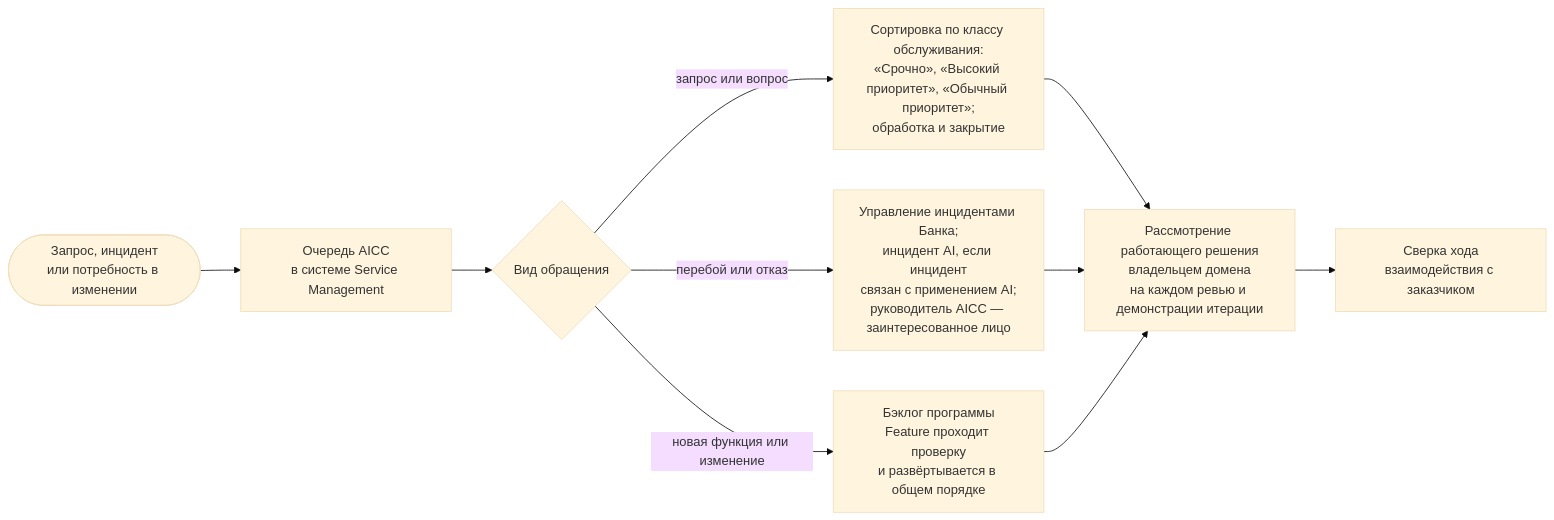
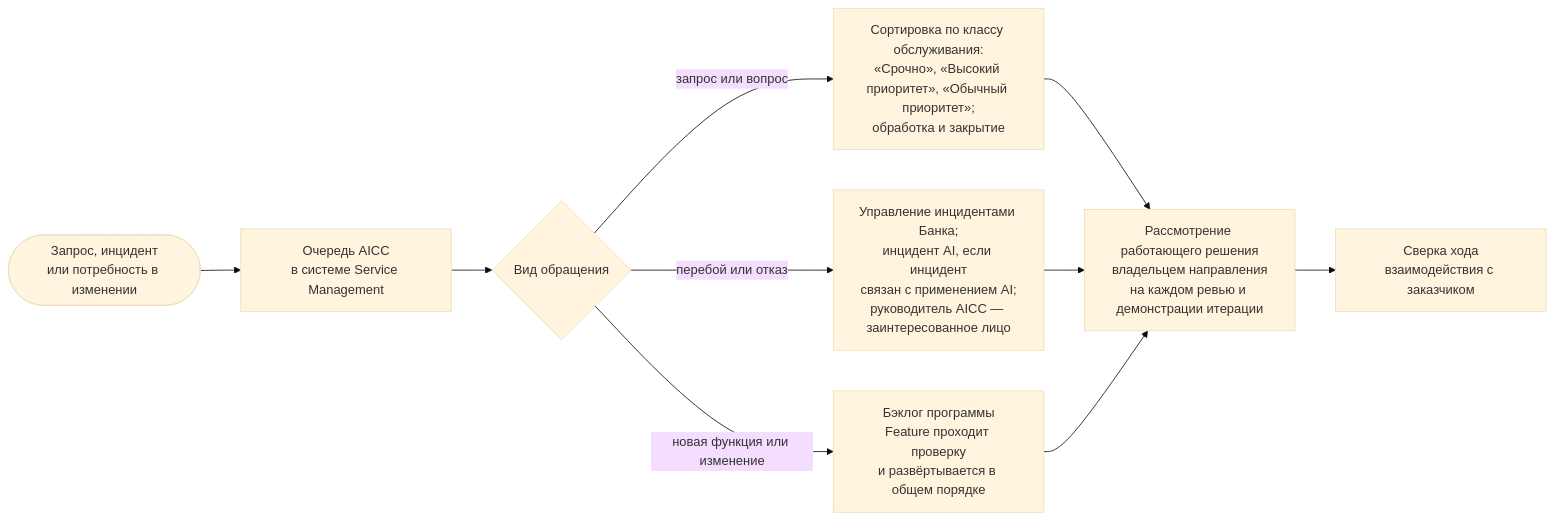
Before and after one commit to devhogu/ob-aicc: the fourth of 4 diagrams in charter/ru/guides/engagement-guide.md, drawn with Mermaid (base theme). The commit also changed other lines of this file and 290 other files, not shown here.

````diff
--- a/charter/ru/guides/engagement-guide.md
+++ b/charter/ru/guides/engagement-guide.md
@@ -114,12 +114,12 @@
 ```mermaid
 flowchart LR
   RQ(["Запрос, инцидент<br/>или потребность в изменении"]) --> SM["Очередь AICC<br/>в системе Service Management"]
   SM --> TR{"Вид обращения"}
   TR -->|"запрос или вопрос"| HD["Сортировка по классу обслуживания:<br/>«Срочно», «Высокий приоритет», «Обычный приоритет»;<br/>обработка и закрытие"]
   TR -->|"перебой или отказ"| IM["Управление инцидентами Банка;<br/>инцидент AI, если инцидент<br/>связан с применением AI;<br/>руководитель AICC — заинтересованное лицо"]
   TR -->|"новая функция или изменение"| BL["Бэклог программы<br/>Feature проходит проверку<br/>и развёртывается в общем порядке"]
-  HD --> RV["Рассмотрение работающего решения<br/>владельцем домена<br/>на каждом ревью и демонстрации итерации"]
+  HD --> RV["Рассмотрение работающего решения<br/>владельцем направления<br/>на каждом ревью и демонстрации итерации"]
   IM --> RV
   BL --> RV
   RV --> CK["Сверка хода<br/>взаимодействия с заказчиком"]
 ```
````
